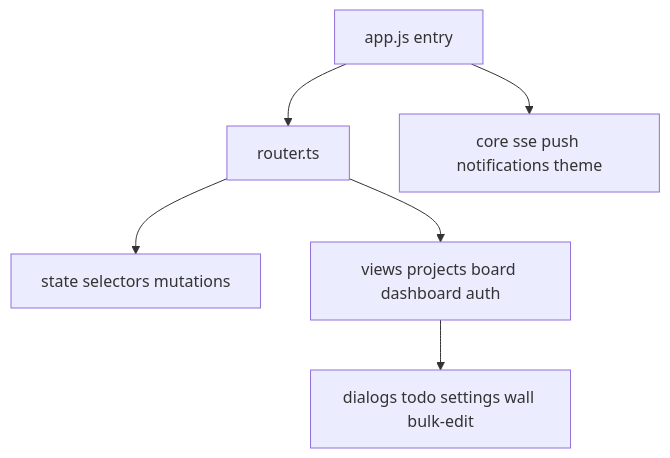
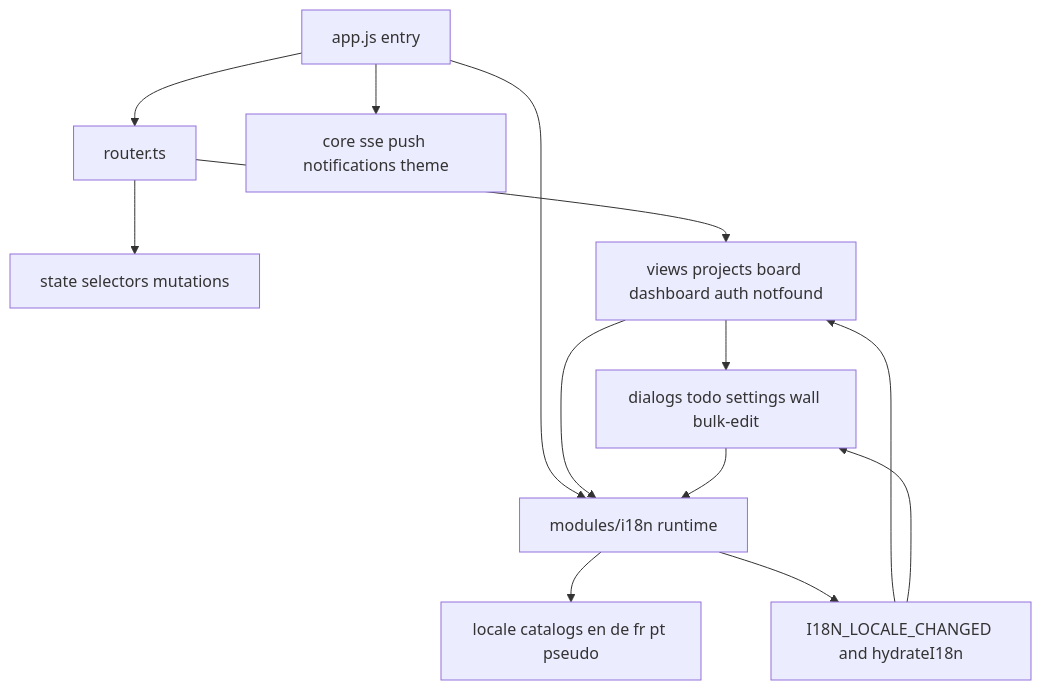
Before and after one commit to bhardwajRahul/scrumboy: the diagram in docs/diagrams/scrumboy_frontend_spa.md, drawn with Mermaid. The commit also changed other lines of this file and 6 other files, not shown here.

````diff
--- a/docs/diagrams/scrumboy_frontend_spa.md
+++ b/docs/diagrams/scrumboy_frontend_spa.md
@@ -5,15 +5,25 @@
 ```mermaid
 flowchart TB
   App[app.js entry]
   Router[router.ts]
   State[state selectors mutations]
-  Views[views projects board dashboard auth]
+  Views[views projects board dashboard auth notfound]
   Dialogs[dialogs todo settings wall bulk-edit]
   Core[core sse push notifications theme]
+  I18n[modules/i18n runtime]
+  Catalogs[locale catalogs en de fr pt pseudo]
+  LocaleChange[I18N_LOCALE_CHANGED and hydrateI18n]
 
   App --> Router
+  App --> Core
+  App --> I18n
   Router --> State
   Router --> Views
   Views --> Dialogs
-  App --> Core
+  Views --> I18n
+  Dialogs --> I18n
+  I18n --> Catalogs
+  I18n --> LocaleChange
+  LocaleChange --> Views
+  LocaleChange --> Dialogs
 ```
````
